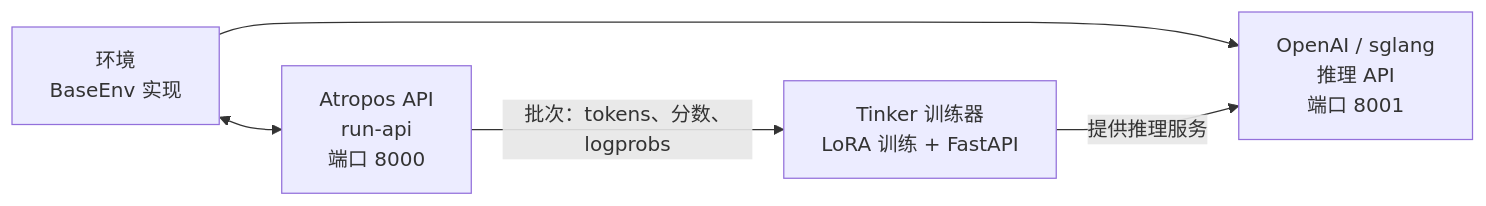
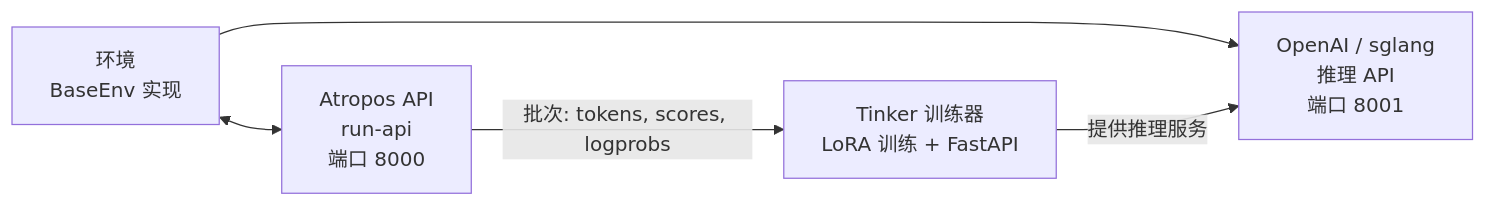
One commit to dracohu2025-cloud/hermes-agent changed the diagram in site/docs/user-guide/features/rl-training.md. Above: the diagram before and after it, drawn with Mermaid. The commit also changed other lines of this file and 540 other files, not shown here.

````diff
--- a/site/docs/user-guide/features/rl-training.md
+++ b/site/docs/user-guide/features/rl-training.md
@@ -178,12 +176,12 @@
 ```mermaid
 flowchart LR
     api["Atropos API<br/>run-api<br/>端口 8000"]
     env["环境<br/>BaseEnv 实现"]
     infer["OpenAI / sglang<br/>推理 API<br/>端口 8001"]
     trainer["Tinker 训练器<br/>LoRA 训练 + FastAPI"]
 
     env <--> api
     env --> infer
-    api -->|"批次：tokens、分数、logprobs"| trainer
+    api -->|"批次: tokens, scores, logprobs"| trainer
     trainer -->|"提供推理服务"| infer
 ```
````
